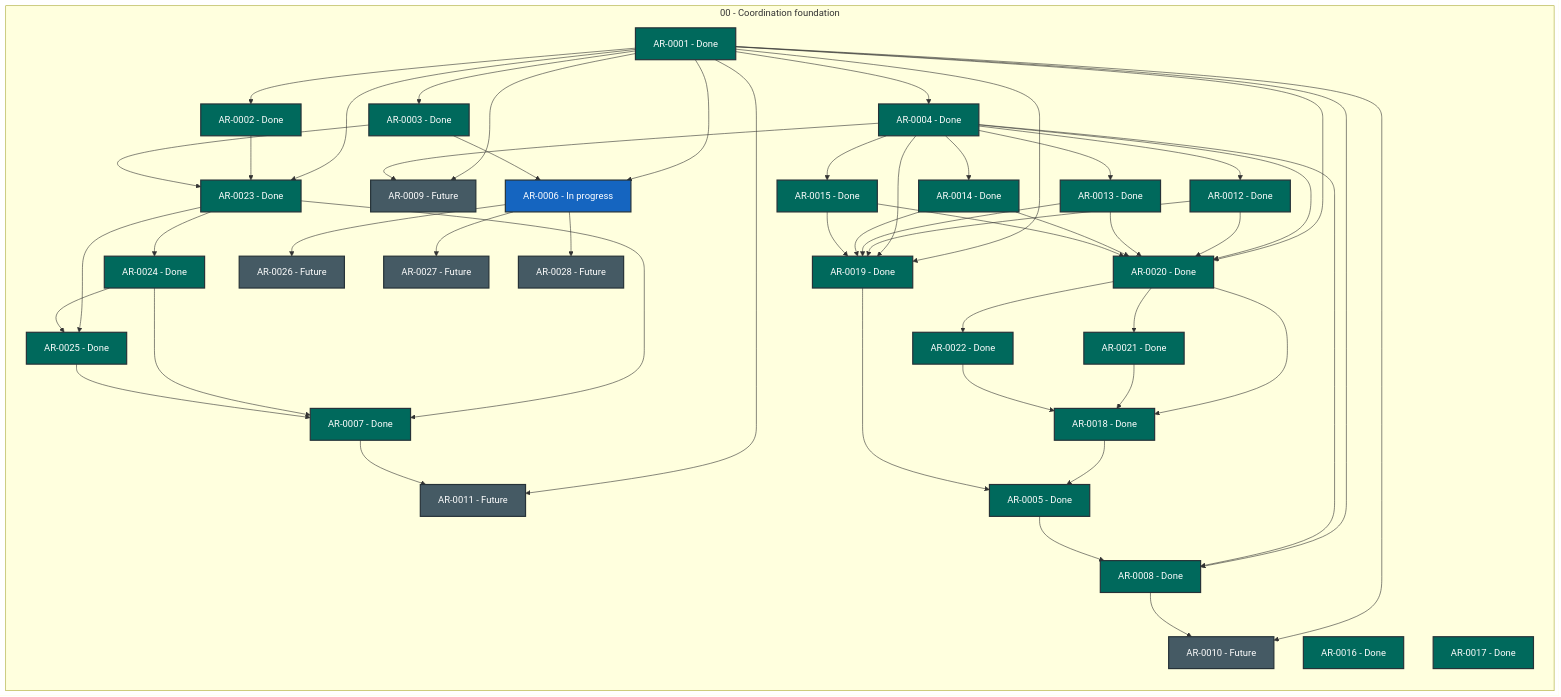
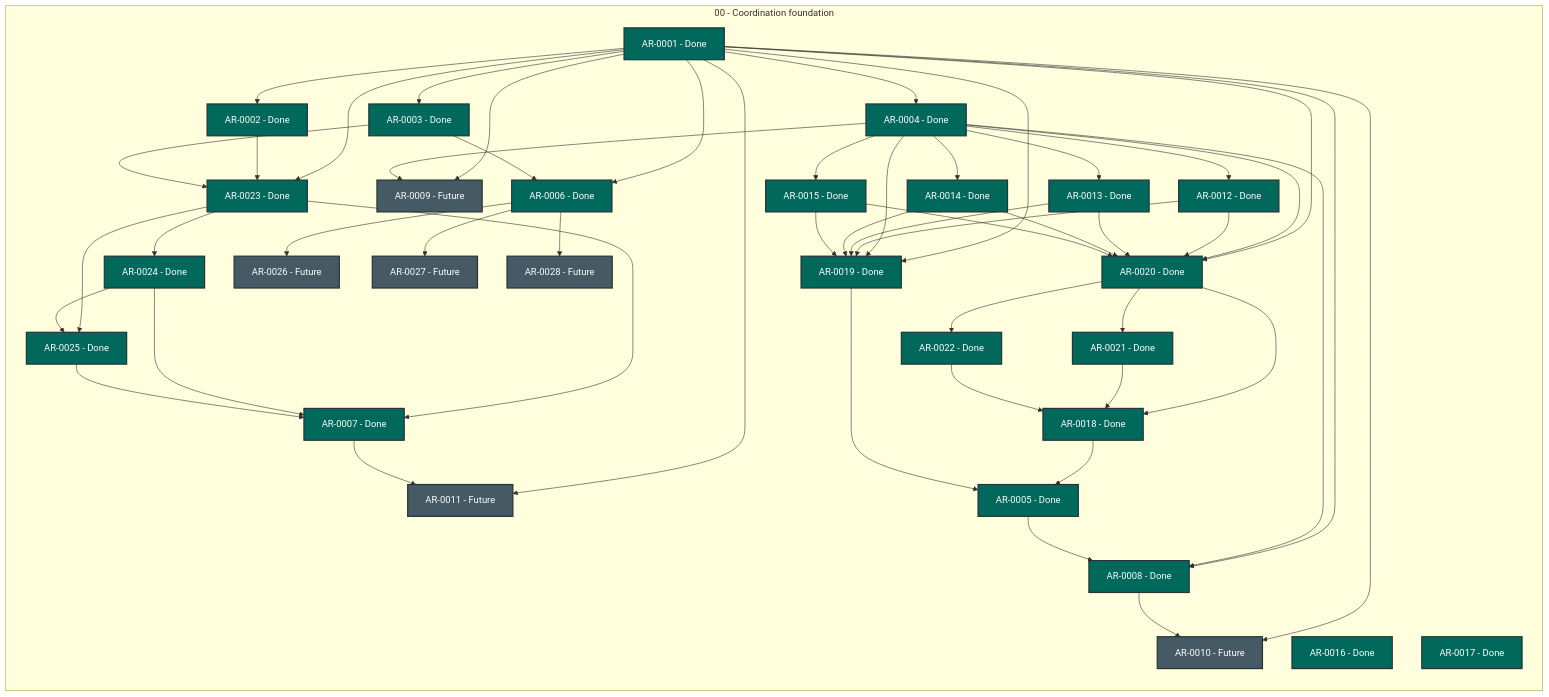
The diagram in STATUS.md (martin-beck/agent-workflow-quality-state), drawn with Mermaid before and after one commit. The commit also changed other lines of this file and 2 other files, not shown here.

```diff
--- a/STATUS.md
+++ b/STATUS.md
@@ -33,7 +33,7 @@
         AR_0003["AR-0003 - Done"]:::status_done
         AR_0004["AR-0004 - Done"]:::status_done
         AR_0005["AR-0005 - Done"]:::status_done
-        AR_0006["AR-0006 - In progress"]:::status_in_progress
+        AR_0006["AR-0006 - Done"]:::status_done
         AR_0007["AR-0007 - Done"]:::status_done
         AR_0008["AR-0008 - Done"]:::status_done
         AR_0009["AR-0009 - Future"]:::status_future
```
